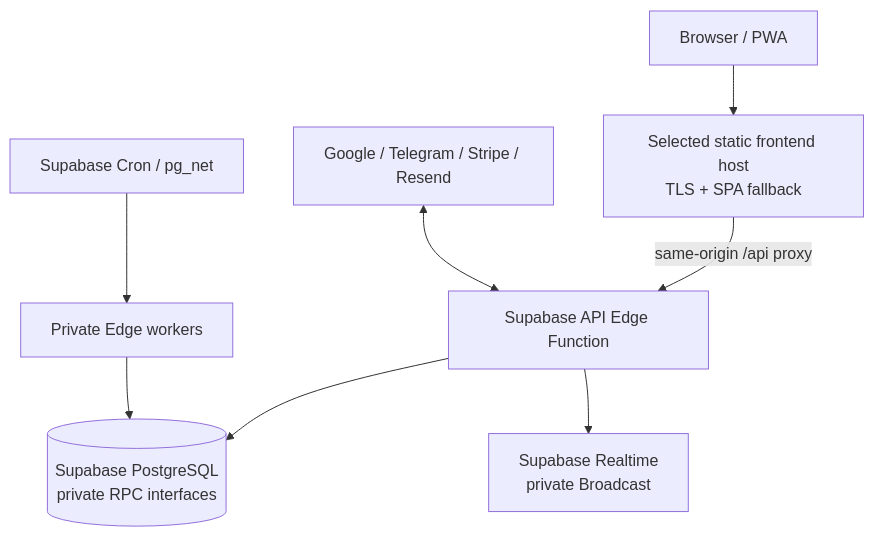
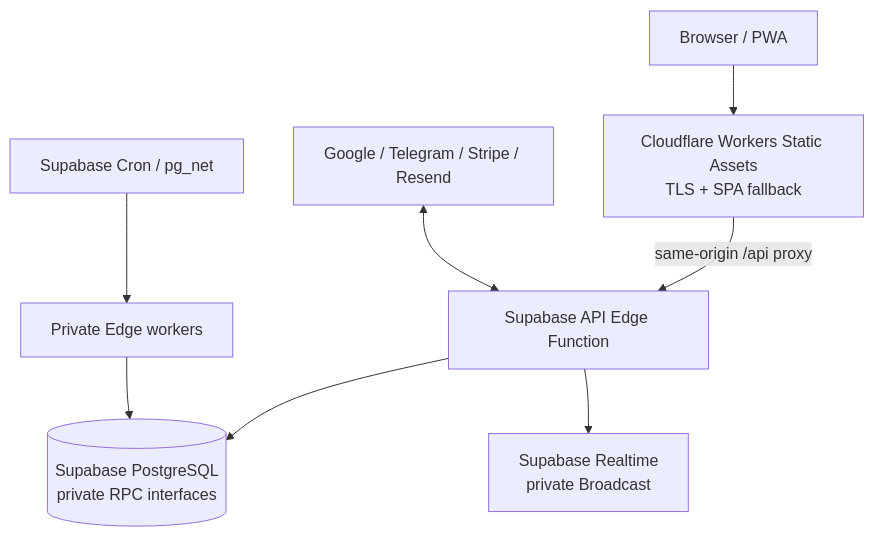
One commit to qrtman/adaptive_lifting changed the ninth of 9 diagrams in architecture.md. Above: the diagram before and after it, drawn with Mermaid. The commit also changed other lines of this file and 37 other files, not shown here.

````diff
--- a/architecture.md
+++ b/architecture.md
@@ -1444,10 +1446,10 @@
 ```mermaid
 graph TD
-    Browser["Browser / PWA"] --> Host["Selected static frontend host<br/>TLS + SPA fallback"]
+    Browser["Browser / PWA"] --> Host["Cloudflare Workers Static Assets<br/>TLS + SPA fallback"]
     Host -->|same-origin /api proxy| API["Supabase API Edge Function"]
     API --> DB[("Supabase PostgreSQL<br/>private RPC interfaces")]
     Cron["Supabase Cron / pg_net"] --> Workers["Private Edge workers"]
     Workers --> DB
     API --> Realtime["Supabase Realtime<br/>private Broadcast"]
     Providers["Google / Telegram / Stripe / Resend"] <--> API
 ```
````
